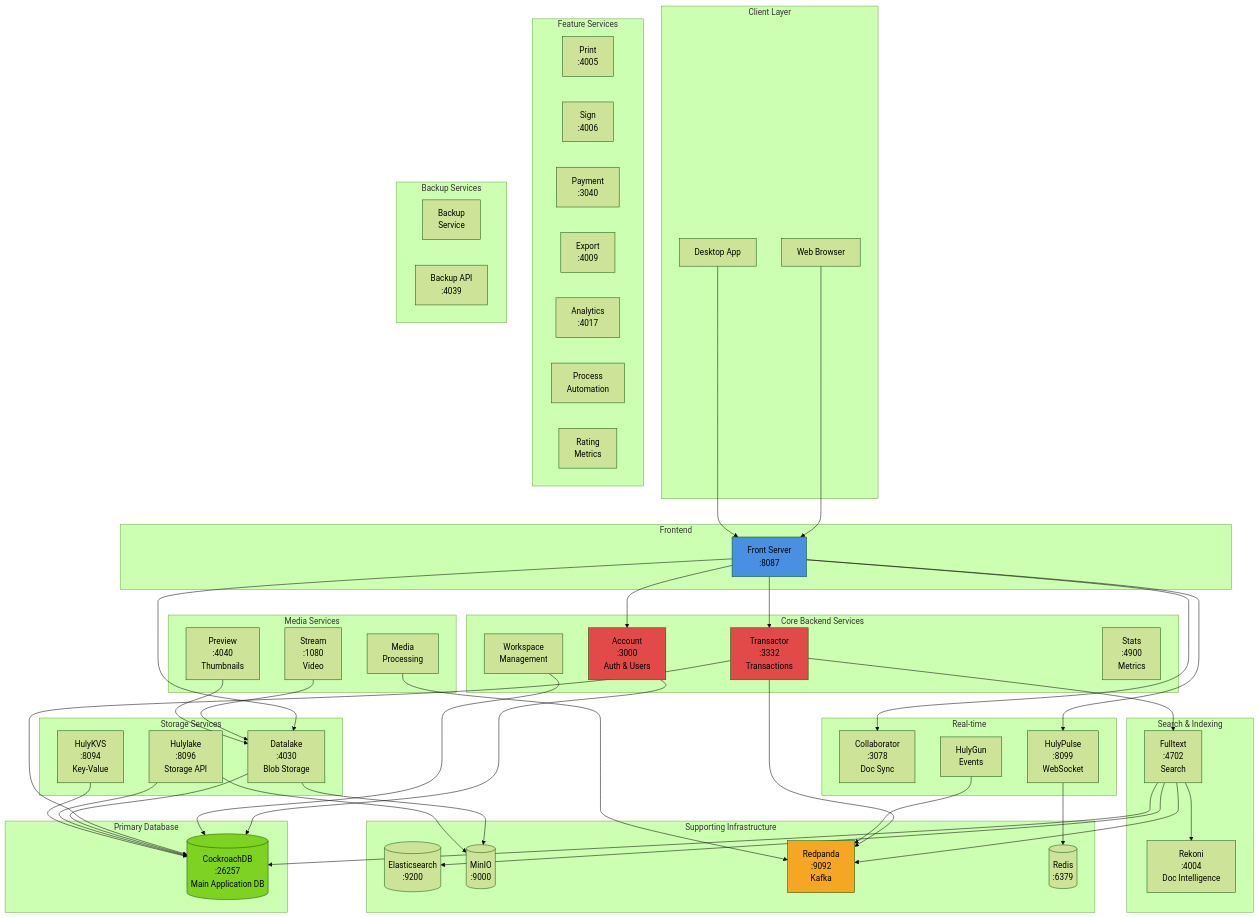
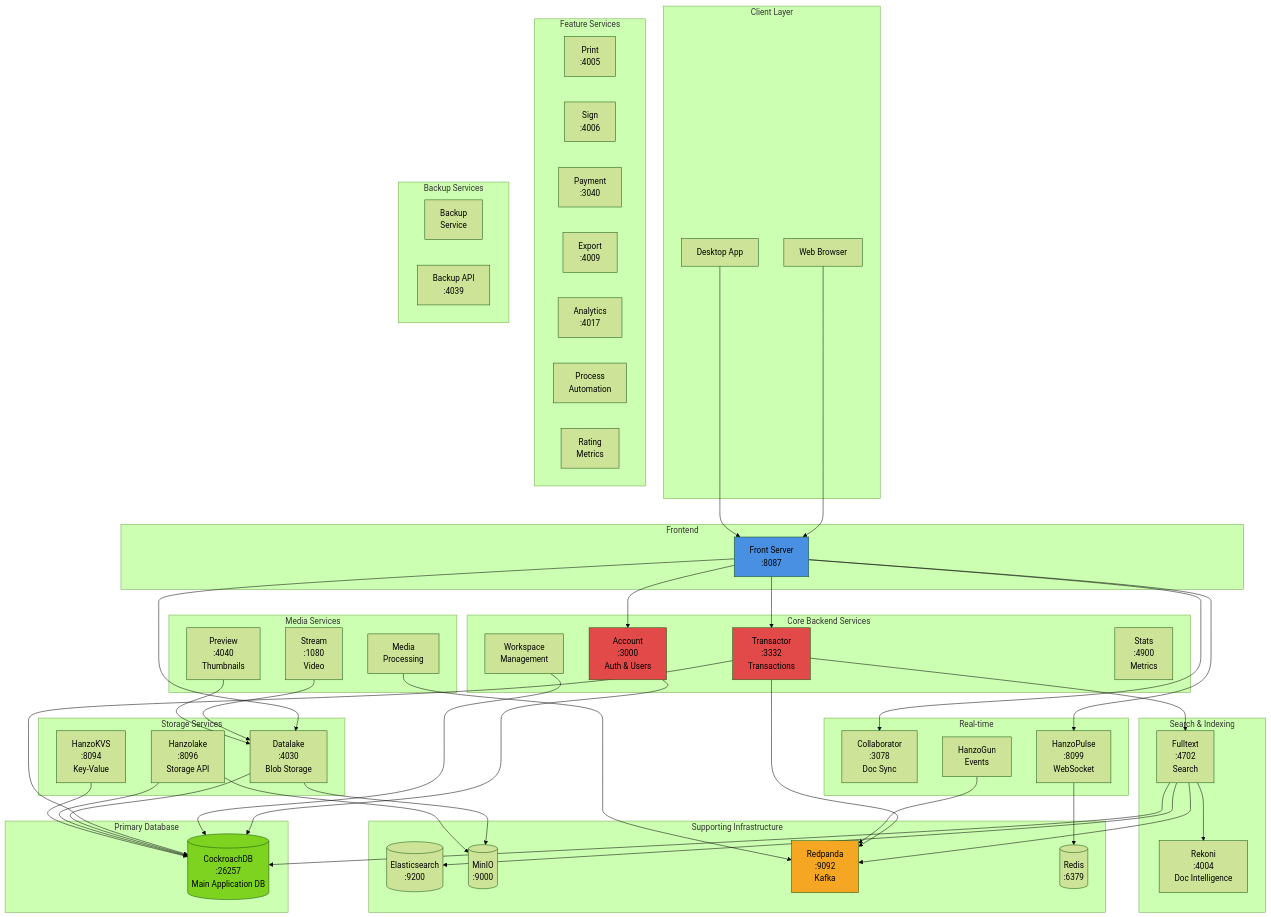
One commit to hanzoai/team changed the first of 4 diagrams in ARCHITECTURE_OVERVIEW.md. Above: the diagram before and after it, drawn with Mermaid (forest theme). The commit also changed other lines of this file and 214 other files, not shown here.

```diff
--- a/ARCHITECTURE_OVERVIEW.md
+++ b/ARCHITECTURE_OVERVIEW.md
@@ -120,8 +120,8 @@
     
     subgraph "Storage Services"
         Datalake[Datalake<br/>:4030<br/>Blob Storage]
-        Hulylake[Hulylake<br/>:8096<br/>Storage API]
-        HulyKVS[HulyKVS<br/>:8094<br/>Key-Value]
+        Hanzolake[Hanzolake<br/>:8096<br/>Storage API]
+        HanzoKVS[HanzoKVS<br/>:8094<br/>Key-Value]
     end
     
     subgraph "Search & Indexing"
@@ -131,8 +131,8 @@
     
     subgraph "Real-time"
         Collaborator[Collaborator<br/>:3078<br/>Doc Sync]
-        Pulse[HulyPulse<br/>:8099<br/>WebSocket]
-        Gun[HulyGun<br/>Events]
+        Pulse[HanzoPulse<br/>:8099<br/>WebSocket]
+        Gun[HanzoGun<br/>Events]
     end
     
     subgraph "Media Services"
@@ -184,9 +184,9 @@
     
     Datalake --> CockroachDB
     Datalake --> Minio
-    Hulylake --> CockroachDB
-    Hulylake --> Minio
-    HulyKVS --> CockroachDB
+    Hanzolake --> CockroachDB
+    Hanzolake --> Minio
+    HanzoKVS --> CockroachDB
     
     Fulltext --> Elasticsearch
     Fulltext --> CockroachDB
```
